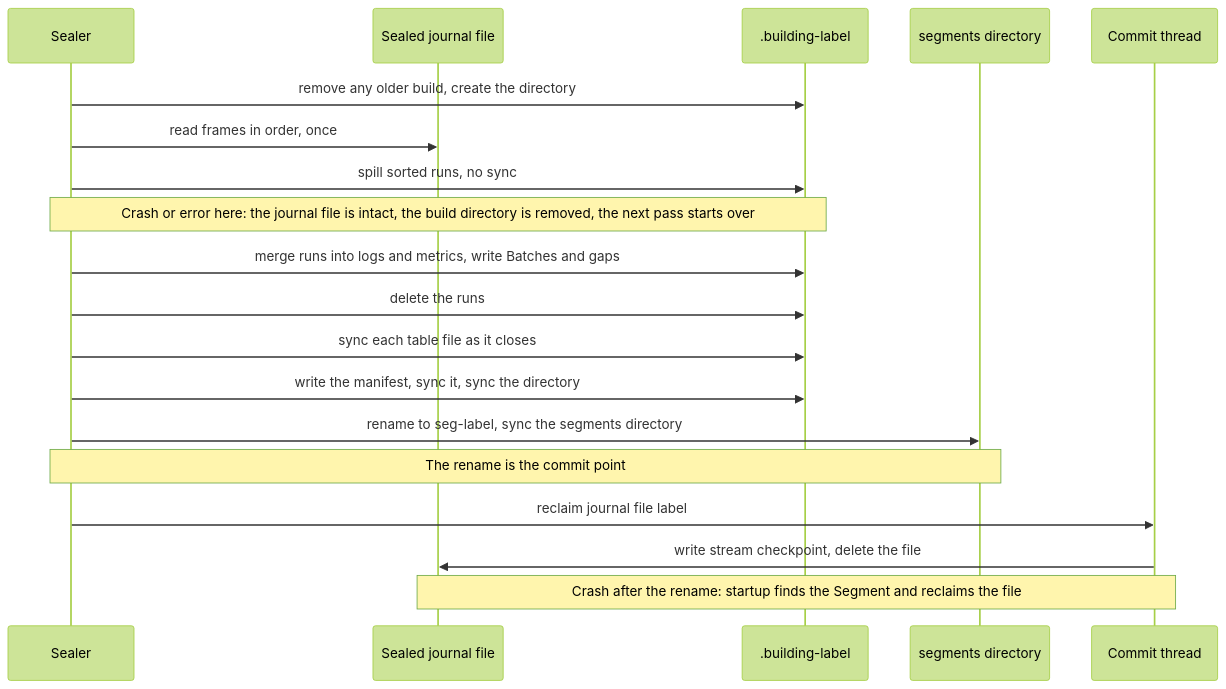
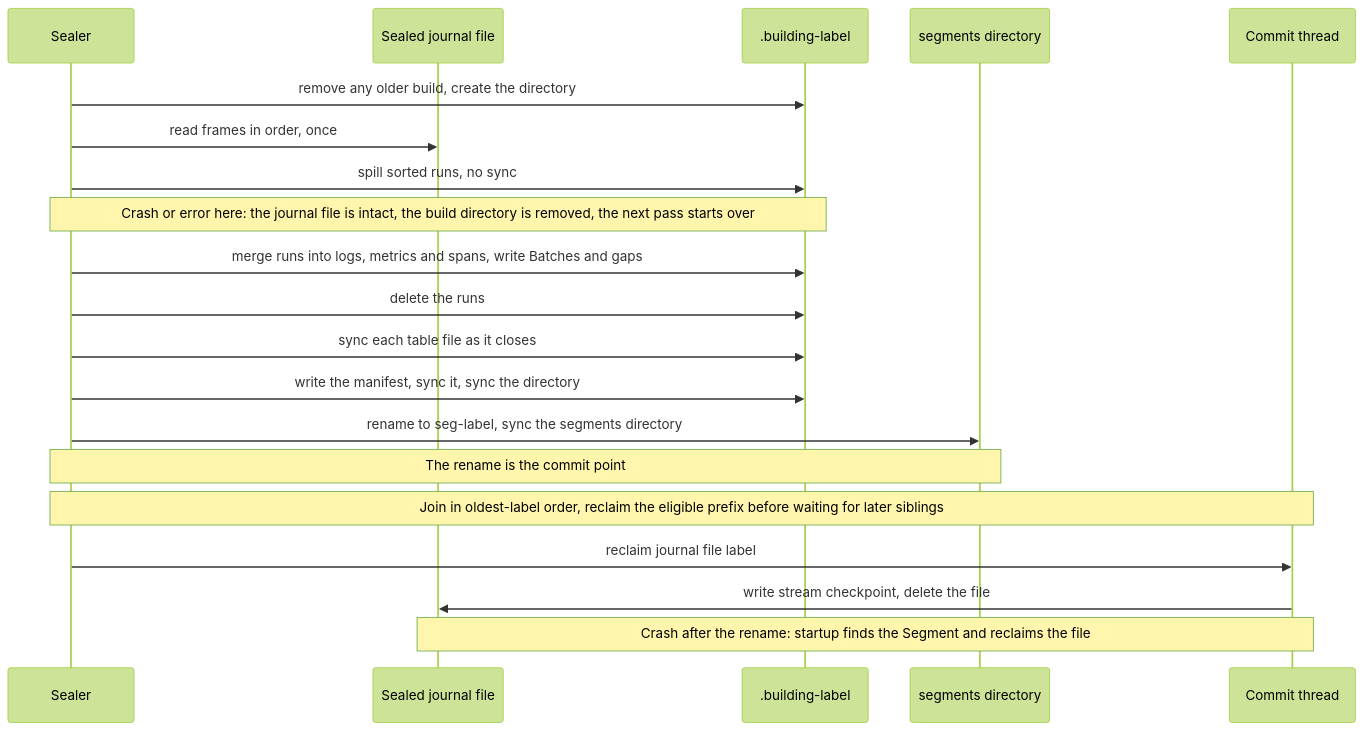
One commit to kmosoti/FabricO11y changed the diagram in docs/diagrams/sealer-commit.mmd. Above: the diagram before and after it, drawn with Mermaid (forest theme). The commit also changed 28 other files, not shown here.

Commit message:
Align operator and architecture documentation with implemented boundaries

```diff
--- a/docs/diagrams/sealer-commit.mmd
+++ b/docs/diagrams/sealer-commit.mmd
@@ -1,19 +1,20 @@
 sequenceDiagram
     participant S as Sealer
     participant J as Sealed journal file
     participant B as .building-label
     participant G as segments directory
     participant C as Commit thread
     S->>B: remove any older build, create the directory
     S->>J: read frames in order, once
     S->>B: spill sorted runs, no sync
     Note over S,B: Crash or error here: the journal file is intact, the build directory is removed, the next pass starts over
-    S->>B: merge runs into logs and metrics, write Batches and gaps
+    S->>B: merge runs into logs, metrics and spans, write Batches and gaps
     S->>B: delete the runs
     S->>B: sync each table file as it closes
     S->>B: write the manifest, sync it, sync the directory
     S->>G: rename to seg-label, sync the segments directory
     Note over S,G: The rename is the commit point
+    Note over S,C: Join in oldest-label order, reclaim the eligible prefix before waiting for later siblings
     S->>C: reclaim journal file label
     C->>J: write stream checkpoint, delete the file
     Note over C,J: Crash after the rename: startup finds the Segment and reclaims the file
```
